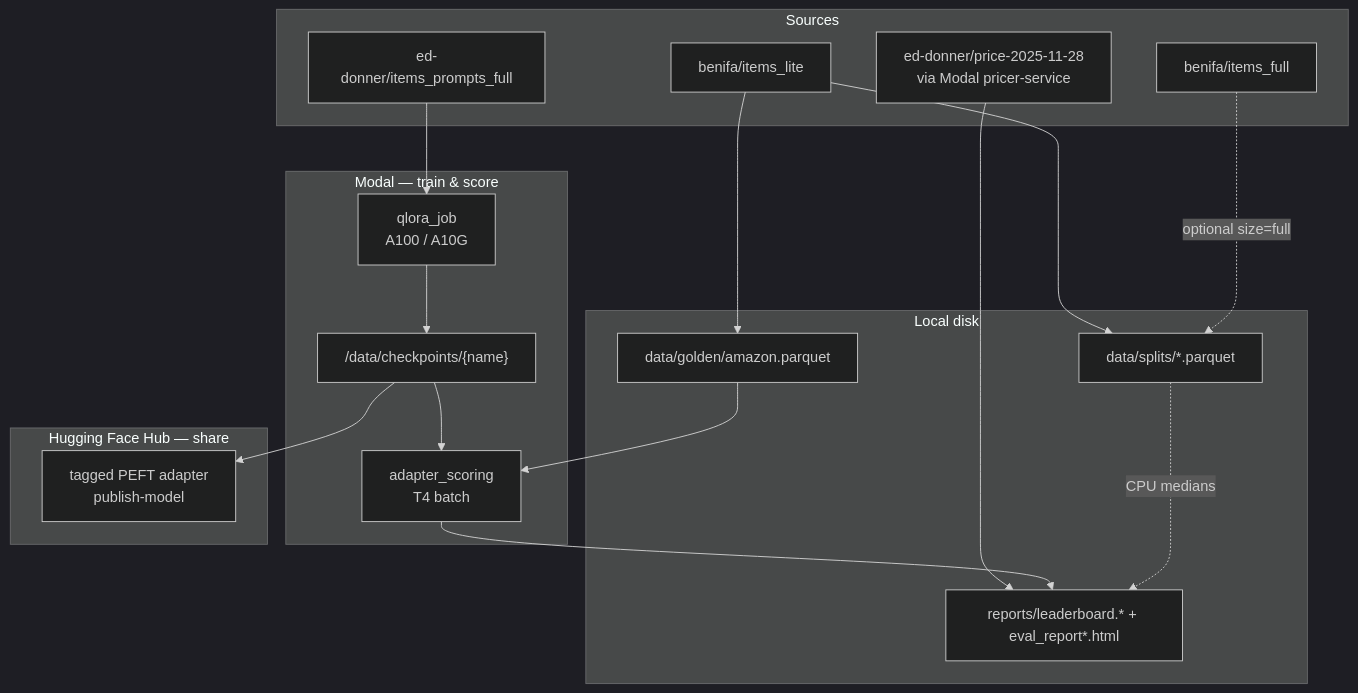
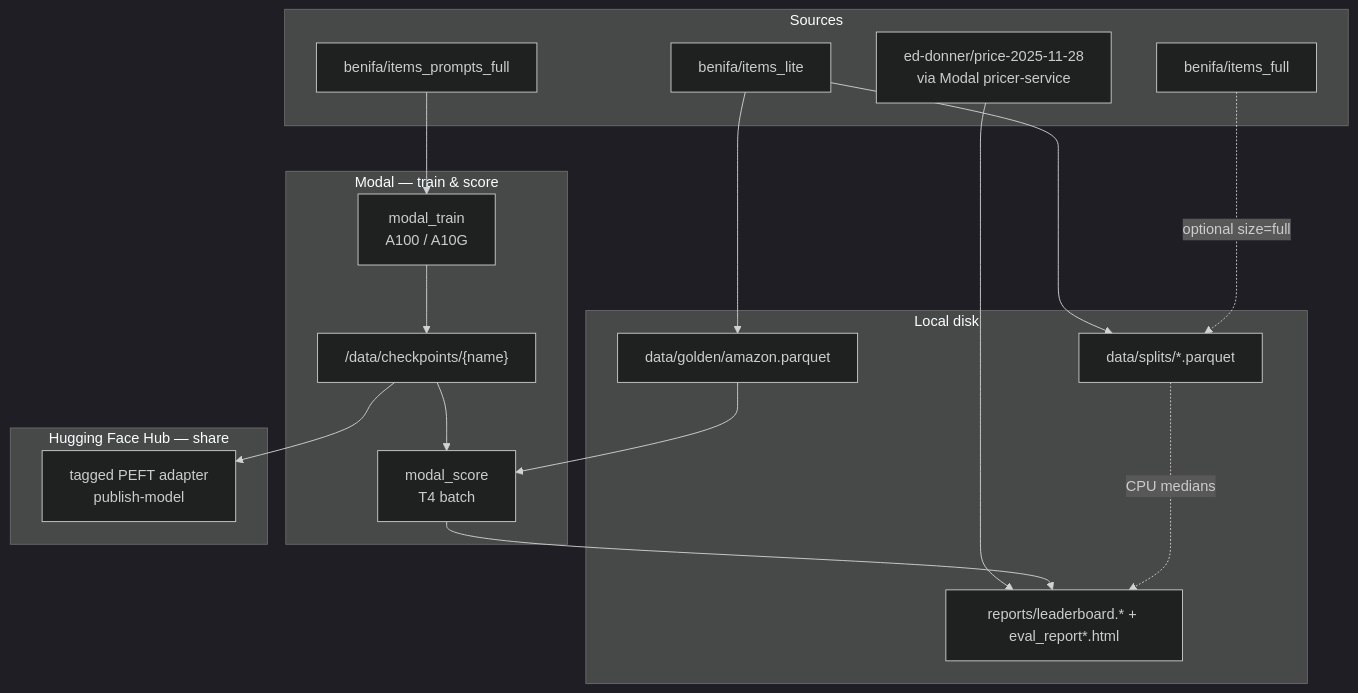
One commit to benifa/price-engine changed the diagram in docs/DESIGN.md. Above: the diagram before and after it, drawn with Mermaid (dark theme). The commit also changed other lines of this file and 54 other files, not shown here.

````diff
--- a/docs/DESIGN.md
+++ b/docs/DESIGN.md
@@ -28,37 +26,37 @@
 ```mermaid
 flowchart TB
   subgraph sources["Sources"]
     Lite["benifa/items_lite"]
     Full["benifa/items_full"]
-    Prompts["ed-donner/items_prompts_full"]
+    Prompts["benifa/items_prompts_full"]
     Baseline["ed-donner/price-2025-11-28<br/>via Modal pricer-service"]
   end
 
   subgraph local["Local disk"]
     Splits["data/splits/*.parquet"]
     Golden["data/golden/amazon.parquet"]
     Reports["reports/leaderboard.* + eval_report*.html"]
   end
 
   subgraph modal["Modal — train & score"]
-    TrainJob["qlora_job<br/>A100 / A10G"]
+    TrainJob["modal_train<br/>A100 / A10G"]
     Adapter["/data/checkpoints/{name}"]
-    ScoreJob["adapter_scoring<br/>T4 batch"]
+    ScoreJob["modal_score<br/>T4 batch"]
   end
 
   subgraph hub["Hugging Face Hub — share"]
     Tagged["tagged PEFT adapter<br/>publish-model"]
   end
 
   Lite --> Splits
   Lite --> Golden
   Full -.->|optional size=full| Splits
   Prompts --> TrainJob
   TrainJob --> Adapter
   Golden --> ScoreJob
   Adapter --> ScoreJob
   Baseline --> Reports
   ScoreJob --> Reports
   Splits -.->|CPU medians| Reports
   Adapter --> Tagged
 ```
````
